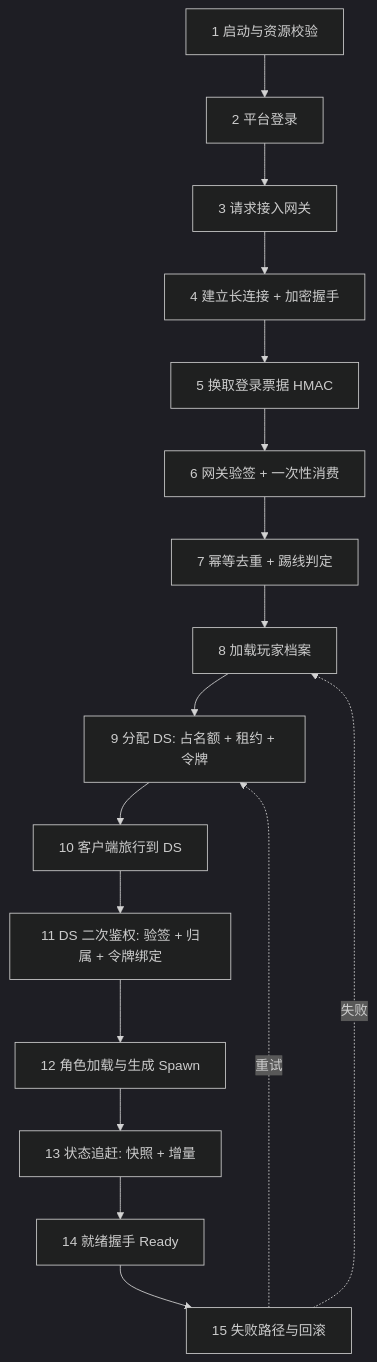
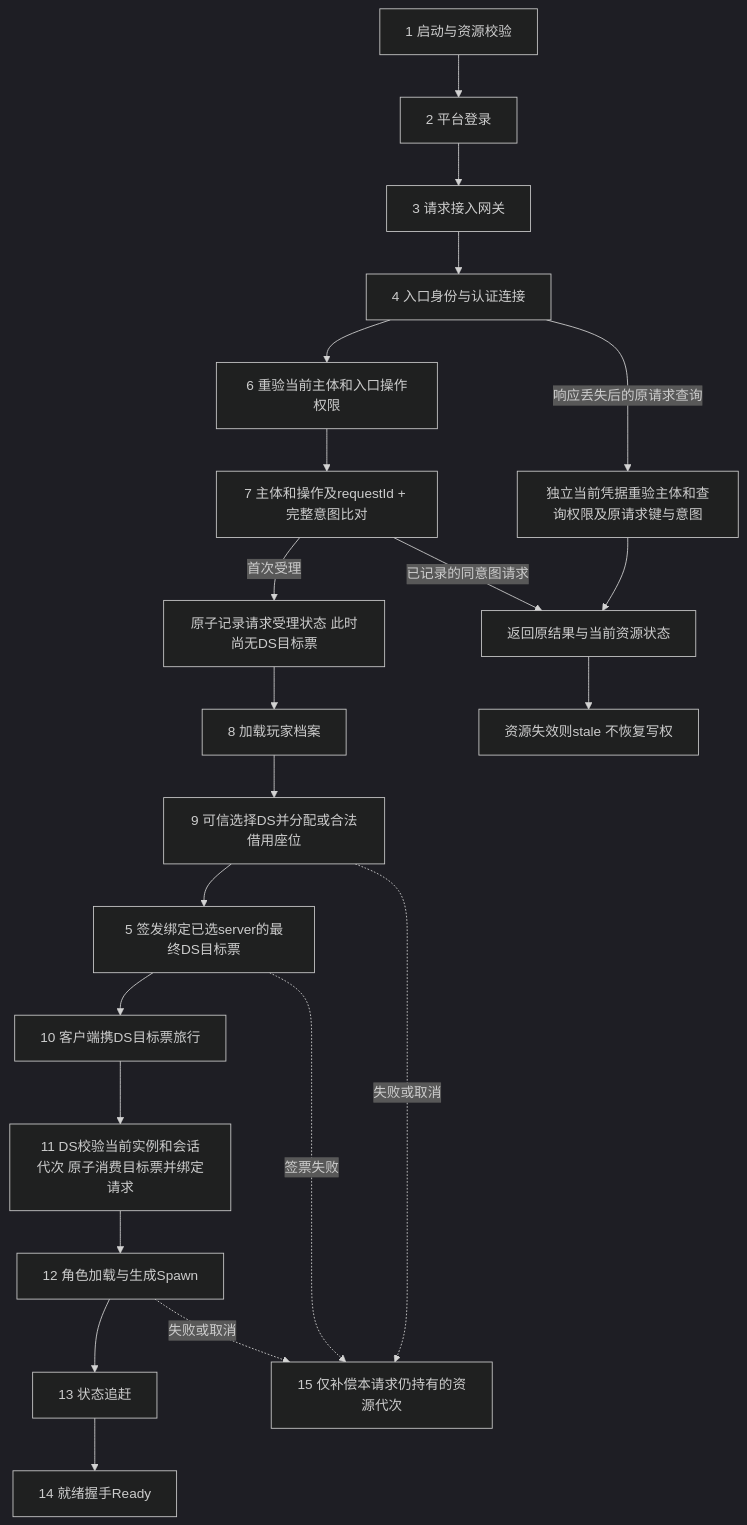
The diagram in 知识/07-网络与游戏服务端/会话身份与在线服务/01-角色进入游戏完整链路.md (fantuan812/learning), drawn with Mermaid (dark theme) before and after one commit. The commit also changed other lines of this file and 18 other files, not shown here.

````diff
--- a/知识/07-网络与游戏服务端/会话身份与在线服务/01-角色进入游戏完整链路.md
+++ b/知识/07-网络与游戏服务端/会话身份与在线服务/01-角色进入游戏完整链路.md
@@ -81,19 +81,24 @@
 ```mermaid
 flowchart TD
     A[1 启动与资源校验] --> B[2 平台登录]
     B --> C[3 请求接入网关]
-    C --> D[4 建立长连接 + 加密握手]
-    D --> E[5 换取登录票据 HMAC]
-    E --> F[6 网关验签 + 一次性消费]
-    F --> G[7 幂等去重 + 踢线判定]
-    G --> H[8 加载玩家档案]
-    H --> I[9 分配 DS: 占名额 + 租约 + 令牌]
-    I --> J[10 客户端旅行到 DS]
-    J --> K[11 DS 二次鉴权: 验签 + 归属 + 令牌绑定]
-    K --> L[12 角色加载与生成 Spawn]
-    L --> M[13 状态追赶: 快照 + 增量]
-    M --> N[14 就绪握手 Ready]
-    N --> O[15 失败路径与回滚]
-    O -.失败.-> H
-    O -.重试.-> I
+    C --> D[4 入口身份与认证连接]
+    D --> F[6 重验当前主体和入口操作权限]
+    F --> G[7 主体和操作及requestId + 完整意图比对]
+    G -->|首次受理| P[原子记录请求受理状态 此时尚无DS目标票]
+    P --> H[8 加载玩家档案]
+    H --> I[9 可信选择DS并分配或合法借用座位]
+    I --> E[5 签发绑定已选server的最终DS目标票]
+    E --> J[10 客户端携DS目标票旅行]
+    J --> K[11 DS校验当前实例和会话代次 原子消费目标票并绑定请求]
+    K --> L[12 角色加载与生成Spawn]
+    L --> M[13 状态追赶]
+    M --> N[14 就绪握手Ready]
+    G -->|已记录的同意图请求| Q[返回原结果与当前资源状态]
+    D -->|响应丢失后的原请求查询| R[独立当前凭据重验主体和查询权限及原请求键与意图]
+    R --> Q
+    Q --> S[资源失效则stale 不恢复写权]
+    I -.失败或取消.-> O[15 仅补偿本请求仍持有的资源代次]
+    E -.签票失败.-> O
+    L -.失败或取消.-> O
 ```
````
